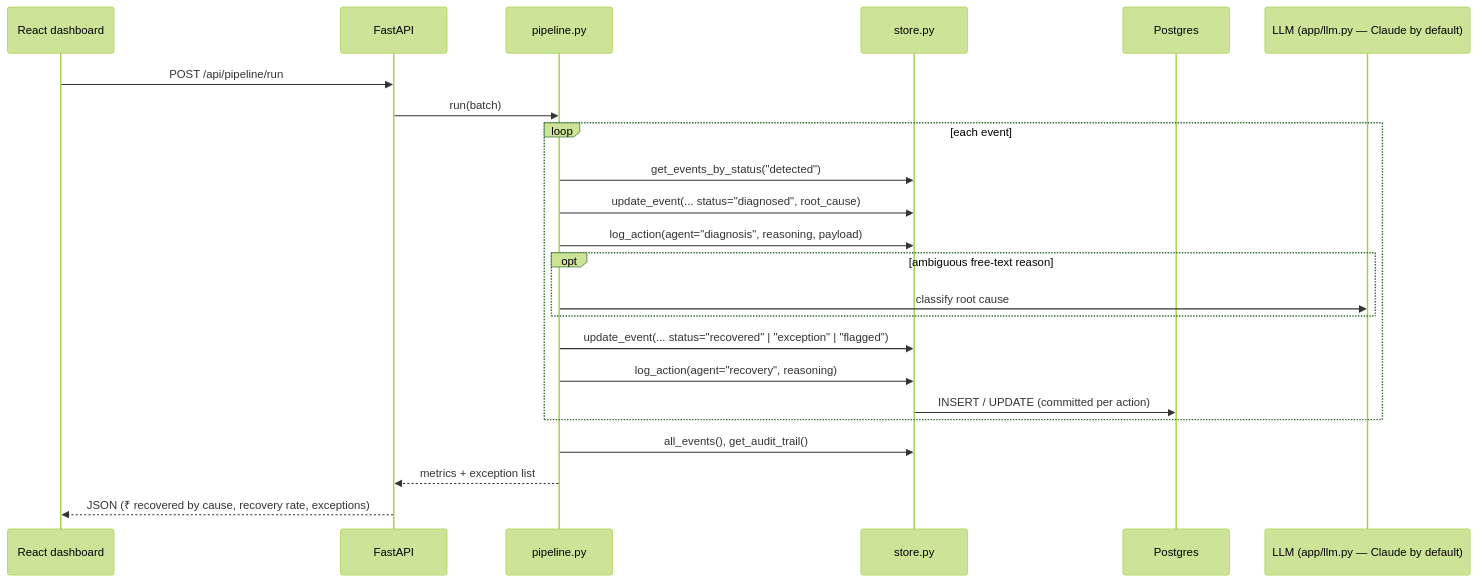
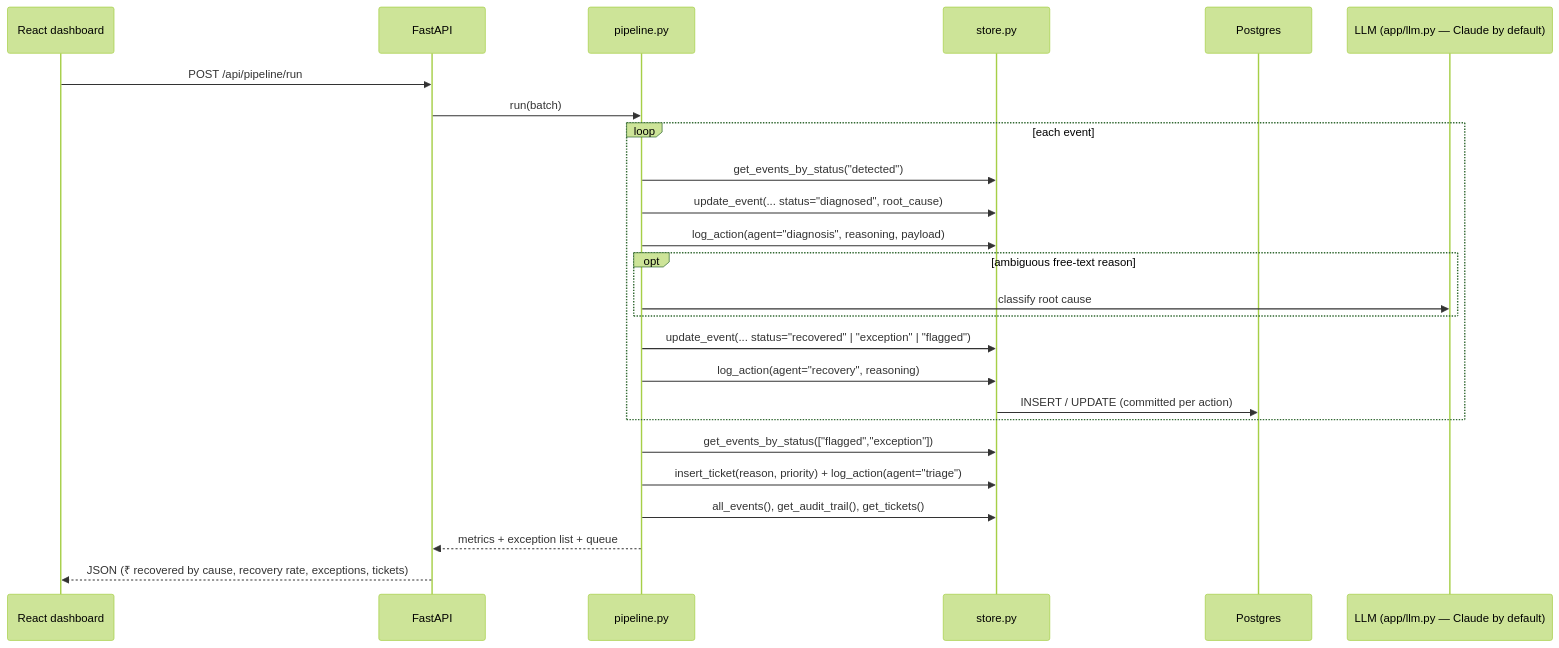
The sixth of 7 diagrams in architecture.md (Skeletor-Pirate/AI-Revenue-Recovery), drawn with Mermaid (forest theme) before and after one commit. The commit also changed other lines of this file and 40 other files, not shown here.

````diff
--- a/architecture.md
+++ b/architecture.md
@@ -230,26 +303,28 @@
 ```mermaid
 sequenceDiagram
     participant UI as React dashboard
     participant API as FastAPI
     participant PIPE as pipeline.py
     participant STORE as store.py
     participant PG as Postgres
     participant LLM as LLM (app/llm.py — Claude by default)
 
     UI->>API: POST /api/pipeline/run
     API->>PIPE: run(batch)
     loop each event
         PIPE->>STORE: get_events_by_status("detected")
         PIPE->>STORE: update_event(... status="diagnosed", root_cause)
         PIPE->>STORE: log_action(agent="diagnosis", reasoning, payload)
         opt ambiguous free-text reason
             PIPE->>LLM: classify root cause
         end
         PIPE->>STORE: update_event(... status="recovered" | "exception" | "flagged")
         PIPE->>STORE: log_action(agent="recovery", reasoning)
         STORE->>PG: INSERT / UPDATE (committed per action)
     end
-    PIPE->>STORE: all_events(), get_audit_trail()
-    PIPE-->>API: metrics + exception list
-    API-->>UI: JSON (₹ recovered by cause, recovery rate, exceptions)
+    PIPE->>STORE: get_events_by_status(["flagged","exception"])
+    PIPE->>STORE: insert_ticket(reason, priority) + log_action(agent="triage")
+    PIPE->>STORE: all_events(), get_audit_trail(), get_tickets()
+    PIPE-->>API: metrics + exception list + queue
+    API-->>UI: JSON (₹ recovered by cause, recovery rate, exceptions, tickets)
 ```
````
